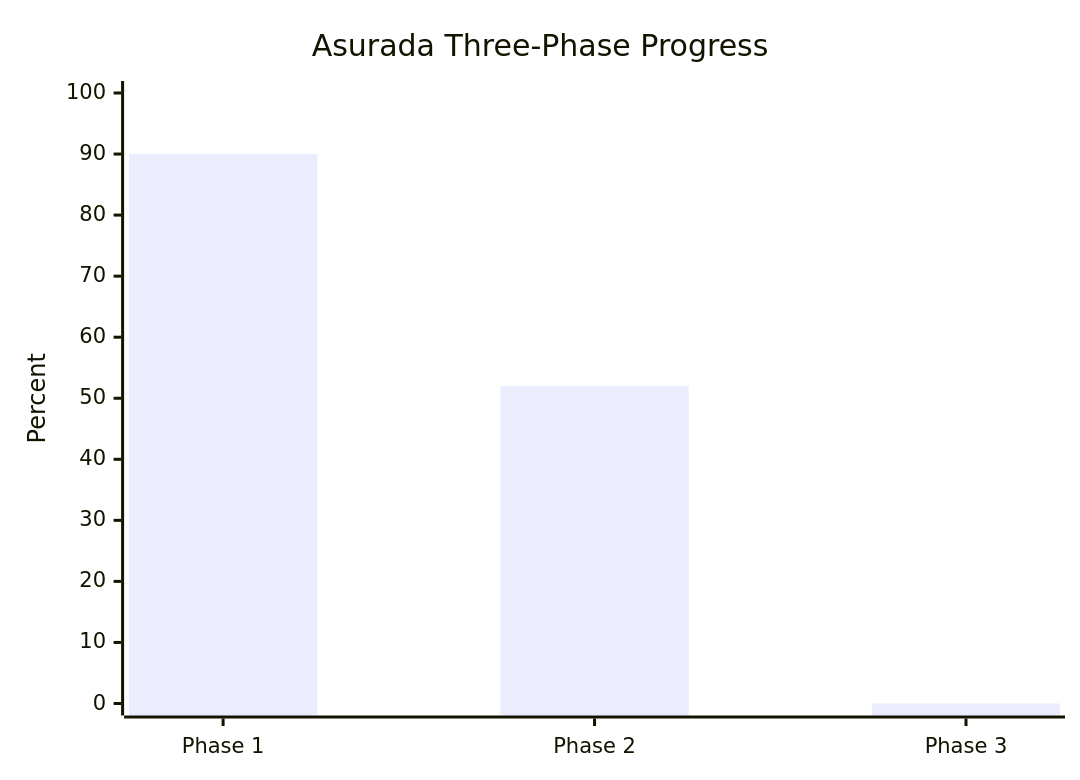
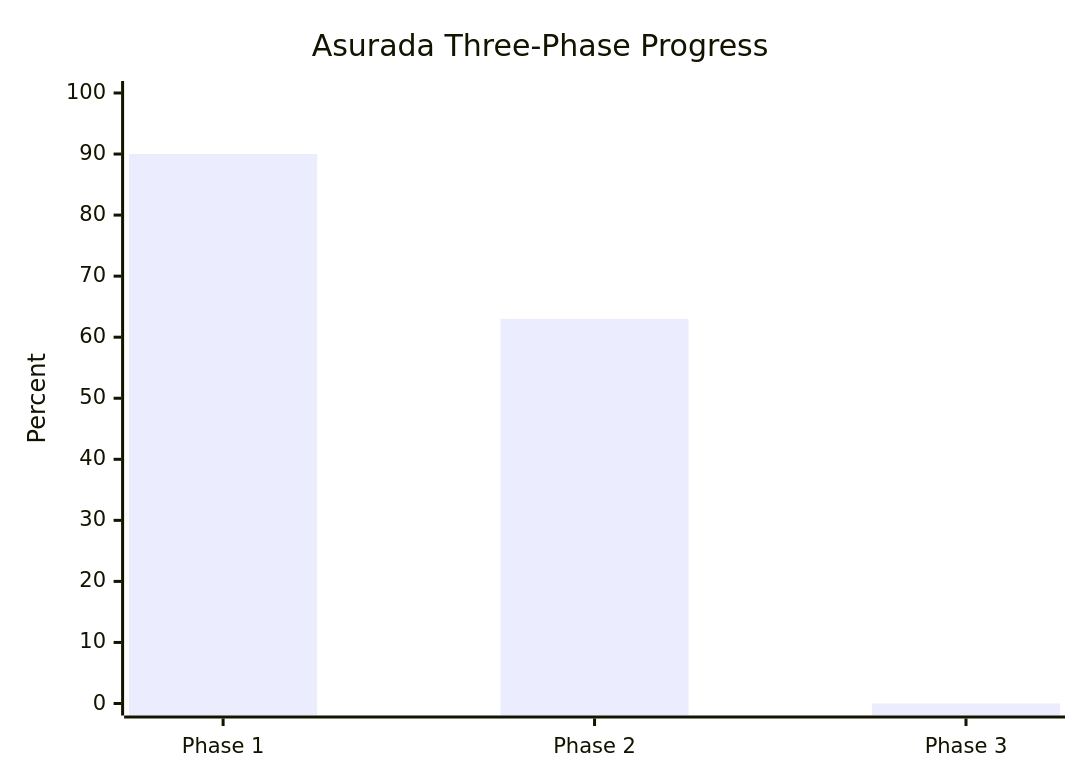
The first of 2 diagrams in PROJECT_PROGRESS.md (Sn55555/Asurada), drawn with Mermaid before and after one commit. The commit also changed other lines of this file and 2 other files, not shown here.

````diff
--- a/PROJECT_PROGRESS.md
+++ b/PROJECT_PROGRESS.md
@@ -12,7 +12,7 @@
 ```mermaid
 xychart-beta
     title "Asurada Three-Phase Progress"
     x-axis ["Phase 1", "Phase 2", "Phase 3"]
     y-axis "Percent" 0 --> 100
-    bar [90, 52, 0]
+    bar [90, 63, 0]
 ```
````
